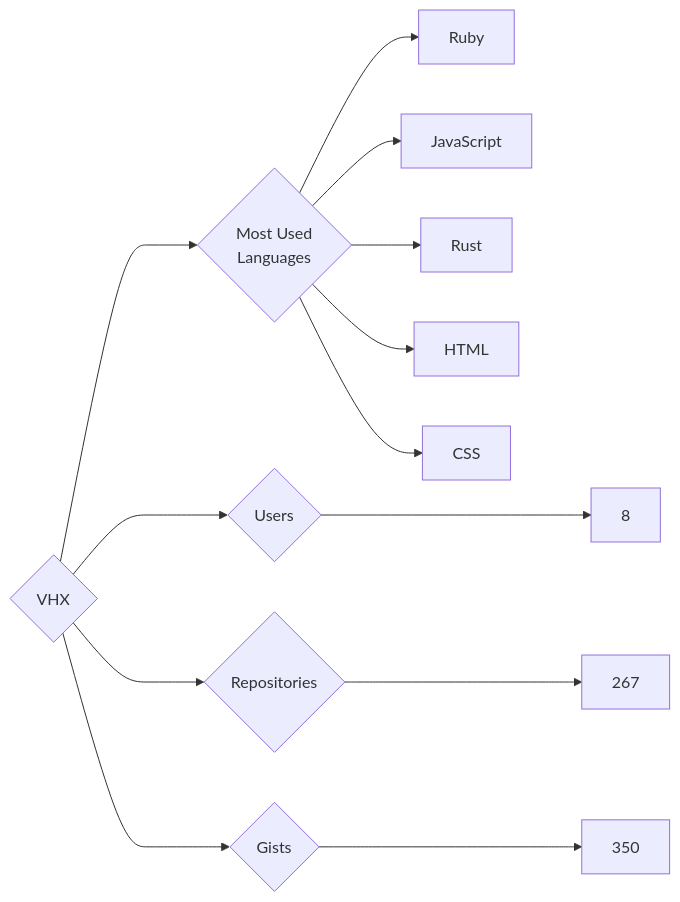
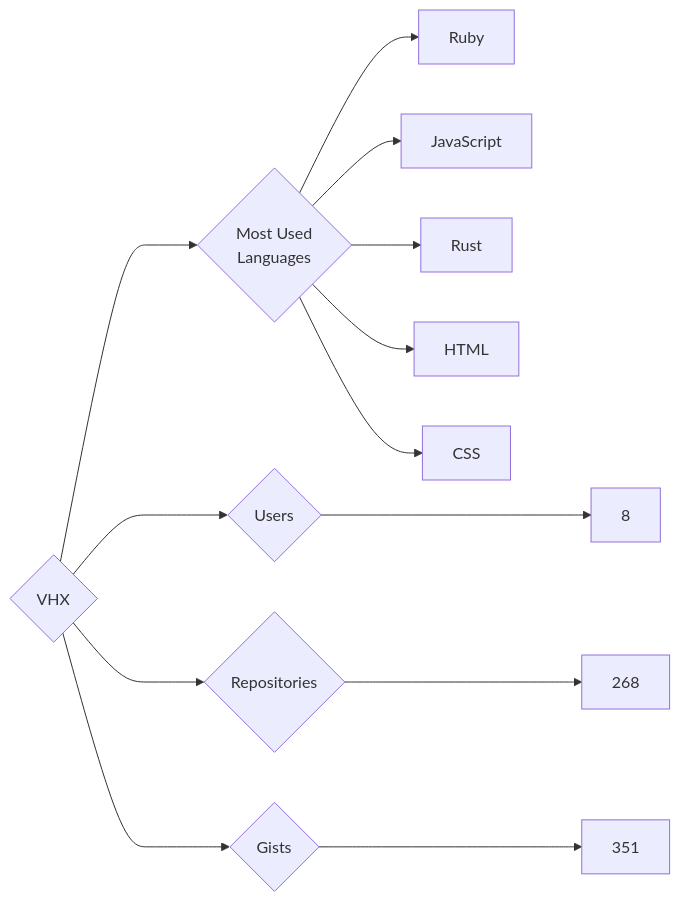
The diagram in targets/VHX/README.md (trickest/insiders), drawn with Mermaid before and after one commit. The commit also changed 835 other files, not shown here.

````diff
--- a/targets/VHX/README.md
+++ b/targets/VHX/README.md
@@ -3,13 +3,13 @@
 ```mermaid
 graph LR
 COMPANY_NAME{VHX}
 COMPANY_NAME ---> U{Users} ---> UN[8]
-COMPANY_NAME ---> R{Repositories} ---> RN[267]
-COMPANY_NAME ---> G{Gists} ---> GN[350]
+COMPANY_NAME ---> R{Repositories} ---> RN[268]
+COMPANY_NAME ---> G{Gists} ---> GN[351]
 COMPANY_NAME ---> ML{Most Used<br>Languages}
 ML --> Ruby[Ruby]
 ML --> JavaScript[JavaScript]
 ML --> Rust[Rust]
 ML --> HTML[HTML]
 ML --> CSS[CSS]
 ```
````
